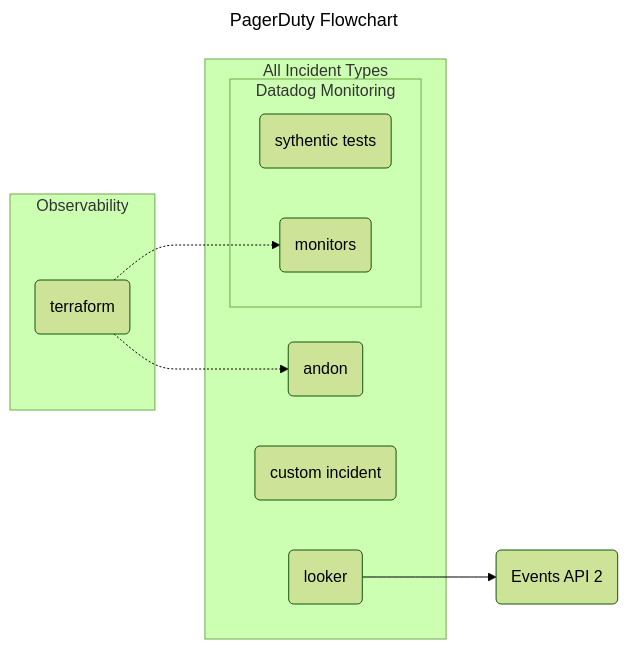
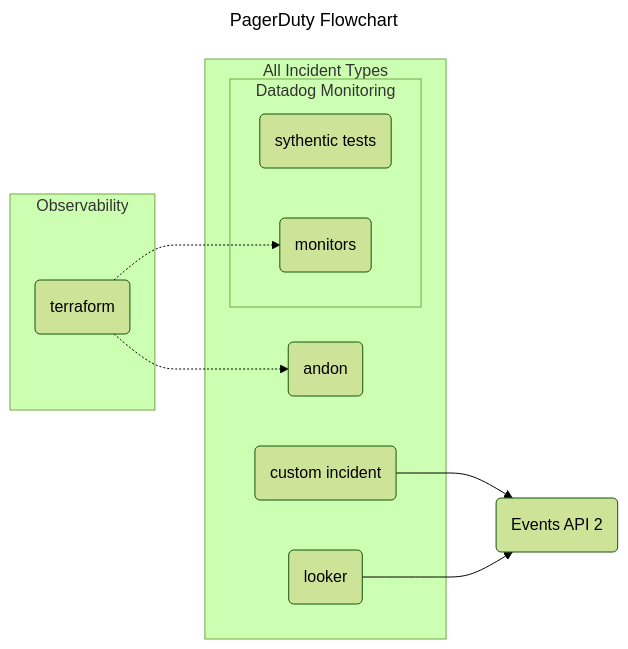
The diagram in diagrams/diagram2.mmd (jessicahirsch/Mermaid-Diagrams), drawn with Mermaid (forest theme) before and after one commit.

Commit message:
feat: custom incident flows to Events API V2

```diff
--- a/diagrams/diagram2.mmd
+++ b/diagrams/diagram2.mmd
@@ -1,24 +1,25 @@
 ---
 title: PagerDuty Flowchart
 ---
 flowchart LR
 
 subgraph Observability
     A(terraform)
 end
 
 subgraph All Incident Types
     subgraph Datadog Monitoring
         B(sythentic tests)
         A(terraform)-.->C(monitors)
     end
     D(andon)
     A(terraform)-.->D(andon)
     E(custom incident)
     F(looker)
 end
 
+E(custom incident)-->G(Events API 2)
 F(looker)-->G(Events API 2)
 
 %% style A fill:#f9f,stroke:#333,stroke-width:4px
 %% style Observability font-weight:bold
```
